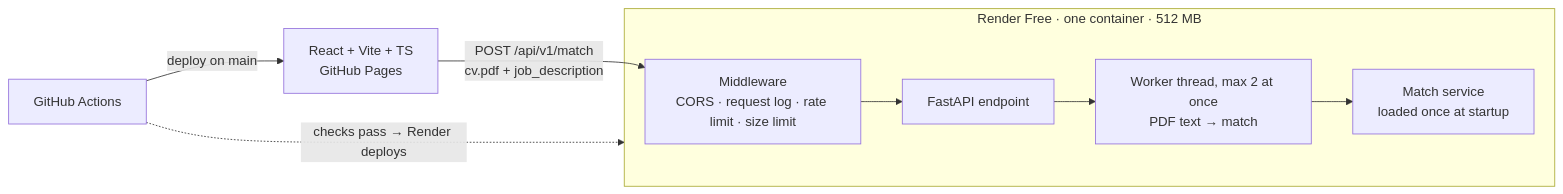
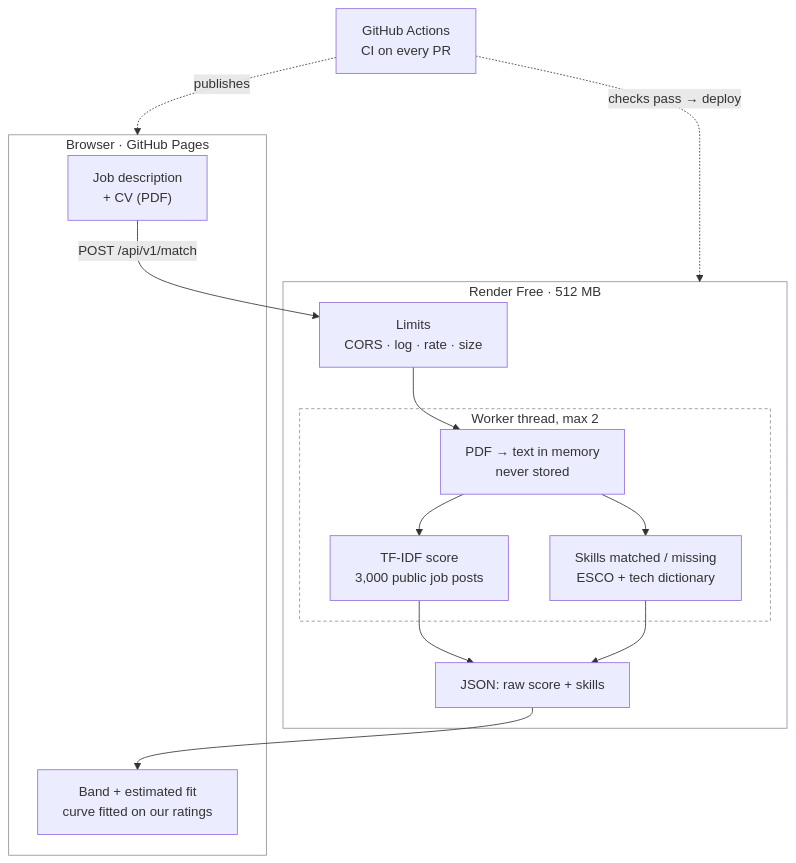
One commit to kose-labs/p1-resume-job-matcher changed the diagram in README.md. Above: the diagram before and after it, drawn with Mermaid. The commit also changed 2 other files, not shown here.

Commit message:
docs: make the architecture diagrams readable and current (#103)
Both diagrams were one long left-to-right row (about 1,800 px), which GitHub shrinks into the README column: their text rendered at about 8 px. Top to bottom, it renders at about 14 px. They also hid the models: now they show the TF-IDF scorer, the skill extractor, the JSON response and the estimated fit computed in the browser (#80). The group boxes have no fill, so the theme's yellow doesn't show behind them. The architecture page's summary no longer says skills and evidence are being evaluated.

````diff
--- a/README.md
+++ b/README.md
@@ -57,11 +57,27 @@
 ```mermaid
-flowchart LR
-    UI["React + Vite + TS<br/>GitHub Pages"] -->|"POST /api/v1/match<br/>cv.pdf + job_description"| MW
-    subgraph Render["Render Free · one container · 512 MB"]
-        MW["Middleware<br/>CORS · request log · rate limit · size limit"] --> EP["FastAPI endpoint"]
-        EP --> TH["Worker thread, max 2 at once<br/>PDF text → match"]
-        TH --> SVC["Match service<br/>loaded once at startup"]
+flowchart TB
+    GH["GitHub Actions<br/>CI on every PR"]
+    subgraph Browser["Browser · GitHub Pages"]
+        UI["Job description<br/>+ CV (PDF)"]
+        FIT["Band + estimated fit<br/>curve fitted on our ratings"]
     end
-    CI["GitHub Actions"] -->|"deploy on main"| UI
-    CI -.->|"checks pass → Render deploys"| Render
+    subgraph Render["Render Free · 512 MB"]
+        MW["Limits<br/>CORS · log · rate · size"]
+        subgraph TH["Worker thread, max 2"]
+            PDF["PDF → text in memory<br/>never stored"]
+            TF["TF-IDF score<br/>3,000 public job posts"]
+            SK["Skills matched / missing<br/>ESCO + tech dictionary"]
+        end
+        RES["JSON: raw score + skills"]
+    end
+    UI -->|"POST /api/v1/match"| MW --> PDF
+    PDF --> TF & SK
+    TF & SK --> RES
+    RES --> FIT
+    GH -.->|"publishes"| Browser
+    GH -.->|"checks pass → deploy"| Render
+    %% Group boxes without a fill, so no theme colour shows behind them, light or dark.
+    style Browser fill:none,stroke:#8b949e
+    style Render fill:none,stroke:#8b949e
+    style TH fill:none,stroke:#8b949e,stroke-dasharray:4 3
 ```
````
